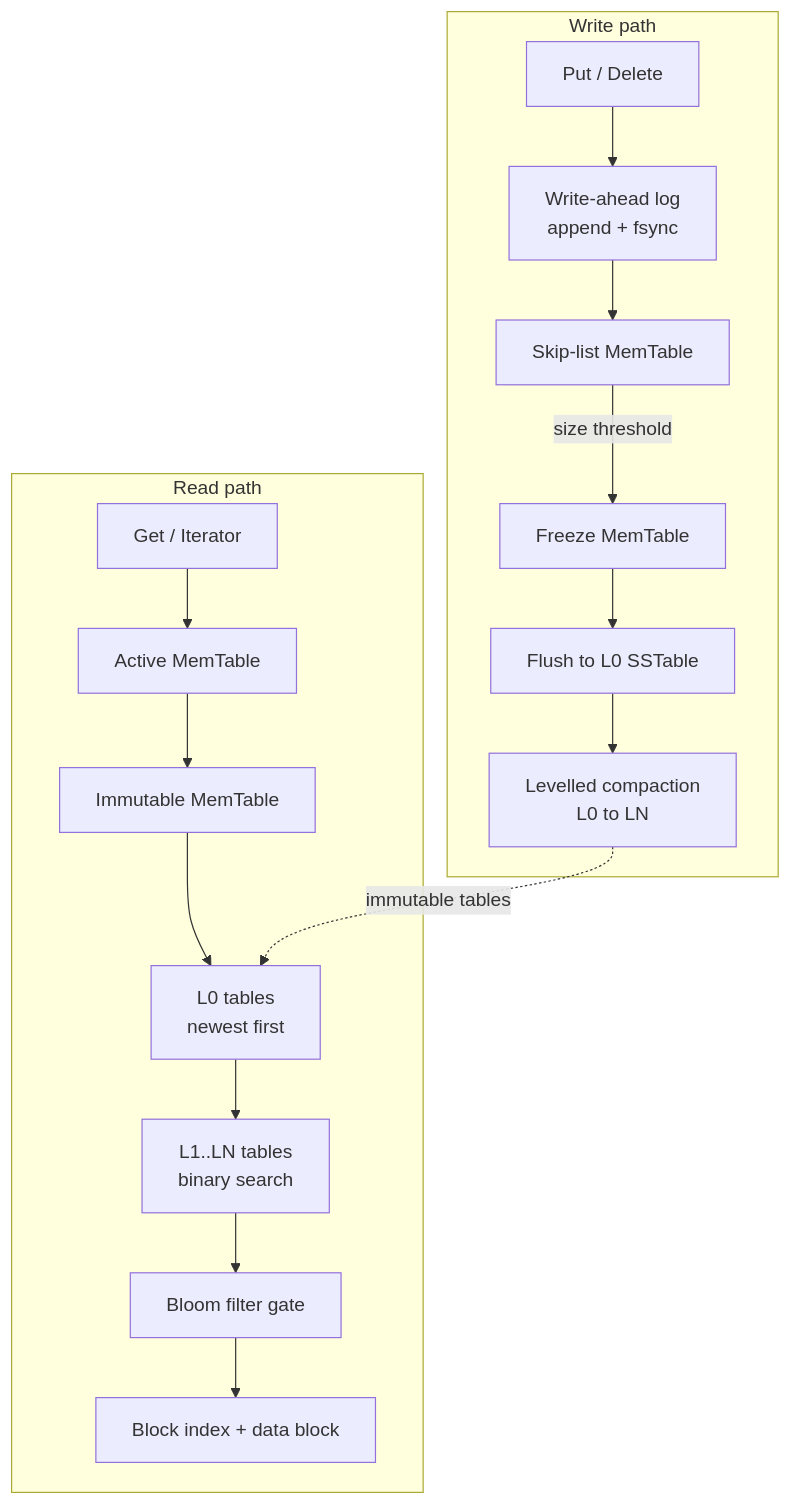
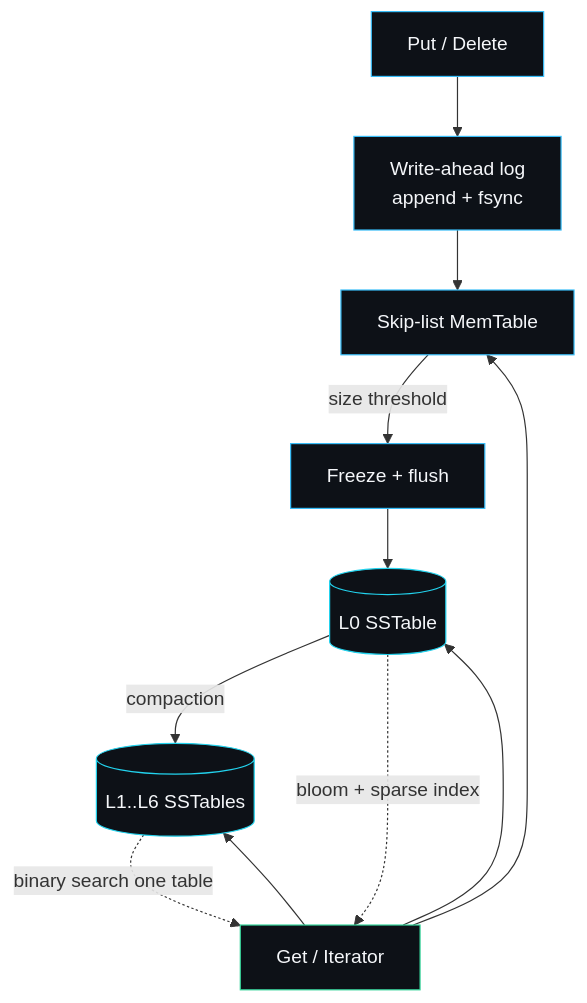
The first of 2 diagrams in README.md (sarmakska/lsmdb), drawn with Mermaid before and after one commit. The commit also changed other lines of this file, not shown here.

Commit message:
docs: rewrite readme with brand banner, why-i-built-this, design trade-offs, level diagram and crash walkthrough

````diff
--- a/README.md
+++ b/README.md
@@ -20,21 +31,20 @@
 ```mermaid
 flowchart TD
-    subgraph Write path
-        A[Put / Delete] --> B[Write-ahead log<br/>append + fsync]
-        B --> C[Skip-list MemTable]
-        C -->|size threshold| D[Freeze MemTable]
-        D --> E[Flush to L0 SSTable]
-        E --> F[Levelled compaction<br/>L0 to LN]
-    end
+    A[Put / Delete] --> B[Write-ahead log<br/>append + fsync]
+    B --> C[Skip-list MemTable]
+    C -->|size threshold| D[Freeze + flush]
+    D --> E[(L0 SSTable)]
+    E -->|compaction| F[(L1..L6 SSTables)]
+    G[Get / Iterator] --> C
+    G --> E
+    G --> F
+    E -. bloom + sparse index .-> G
+    F -. binary search one table .-> G
 
-    subgraph Read path
-        G[Get / Iterator] --> H[Active MemTable]
-        H --> I[Immutable MemTable]
-        I --> J[L0 tables<br/>newest first]
-        J --> K[L1..LN tables<br/>binary search]
-        K --> L[Bloom filter gate]
-        L --> M[Block index + data block]
-    end
-
-    F -. immutable tables .-> J
+    classDef sky fill:#0d1117,stroke:#38bdf8,color:#f5f7fa;
+    classDef cyan fill:#0d1117,stroke:#22d3ee,color:#f5f7fa;
+    classDef em fill:#0d1117,stroke:#34d399,color:#f5f7fa;
+    class A,B,C,D sky;
+    class E,F cyan;
+    class G em;
 ```
````
